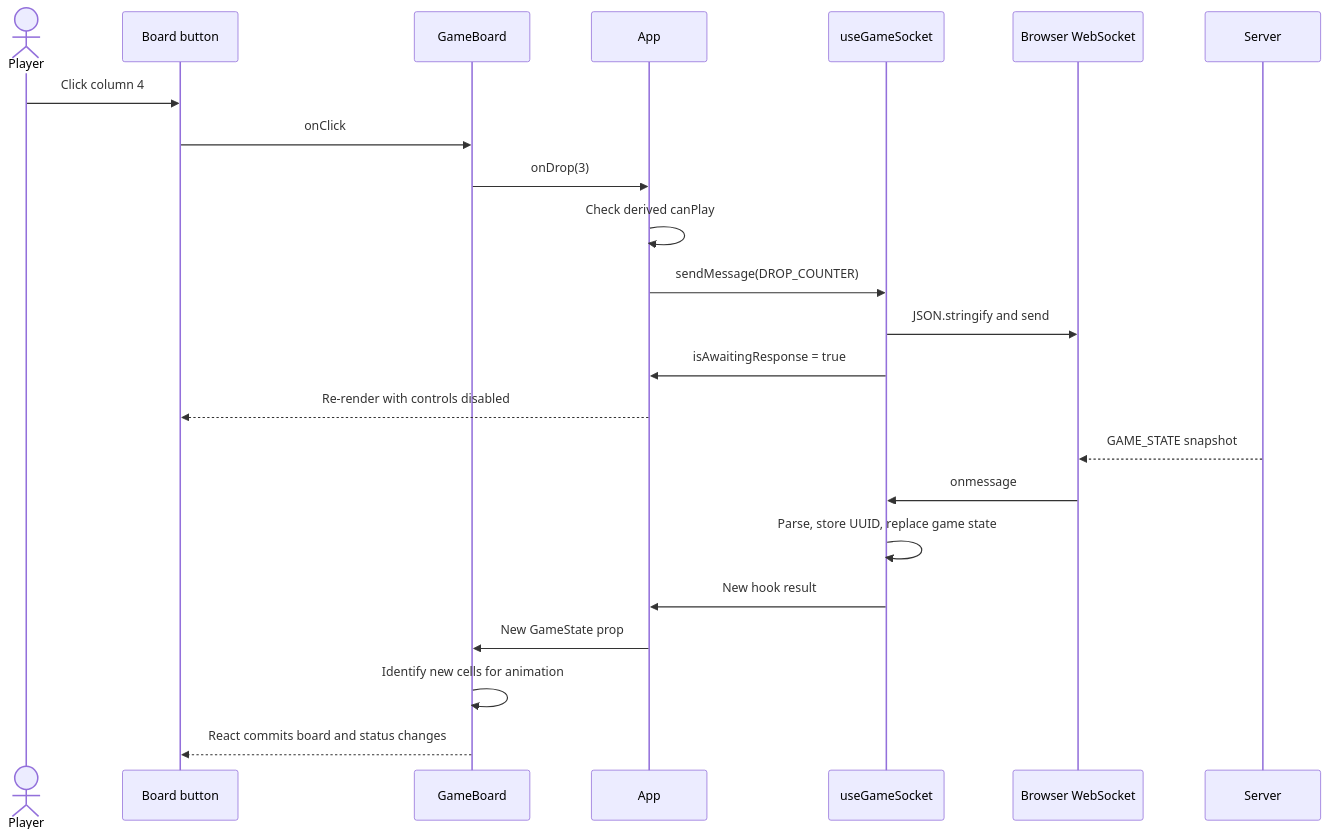
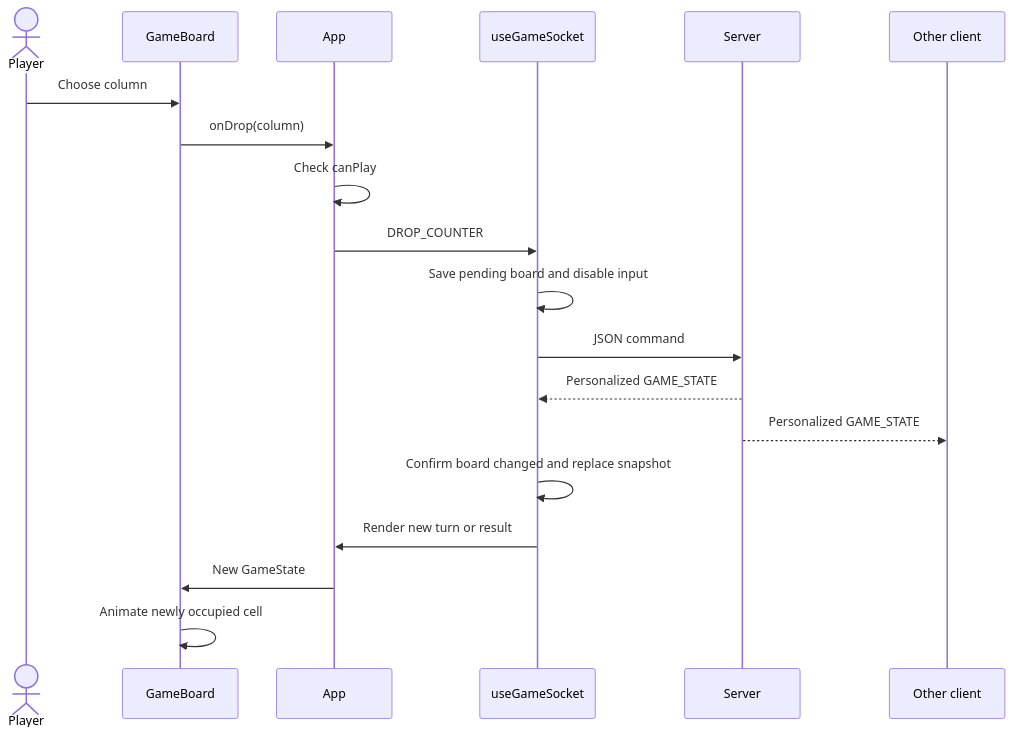
Before and after one commit to blam135/Connect-4-Game: the second of 2 diagrams in docs/frontend-design.md, drawn with Mermaid. The commit also changed other lines of this file and 36 other files, not shown here.

````diff
--- a/docs/frontend-design.md
+++ b/docs/frontend-design.md
@@ -244,26 +156,22 @@
 ```mermaid
 sequenceDiagram
     actor Player
-    participant DOM as Board button
     participant Board as GameBoard
     participant App
     participant Hook as useGameSocket
-    participant WS as Browser WebSocket
     participant Server
+    participant Other as Other client
 
-    Player->>DOM: Click column 4
-    DOM->>Board: onClick
-    Board->>App: onDrop(3)
-    App->>App: Check derived canPlay
-    App->>Hook: sendMessage(DROP_COUNTER)
-    Hook->>WS: JSON.stringify and send
-    Hook->>App: isAwaitingResponse = true
-    App-->>DOM: Re-render with controls disabled
-    Server-->>WS: GAME_STATE snapshot
-    WS->>Hook: onmessage
-    Hook->>Hook: Parse, store UUID, replace game state
-    Hook->>App: New hook result
-    App->>Board: New GameState prop
-    Board->>Board: Identify new cells for animation
-    Board-->>DOM: React commits board and status changes
+    Player->>Board: Choose column
+    Board->>App: onDrop(column)
+    App->>App: Check canPlay
+    App->>Hook: DROP_COUNTER
+    Hook->>Hook: Save pending board and disable input
+    Hook->>Server: JSON command
+    Server-->>Hook: Personalized GAME_STATE
+    Server-->>Other: Personalized GAME_STATE
+    Hook->>Hook: Confirm board changed and replace snapshot
+    Hook->>App: Render new turn or result
+    App->>Board: New GameState
+    Board->>Board: Animate newly occupied cell
 ```
````
